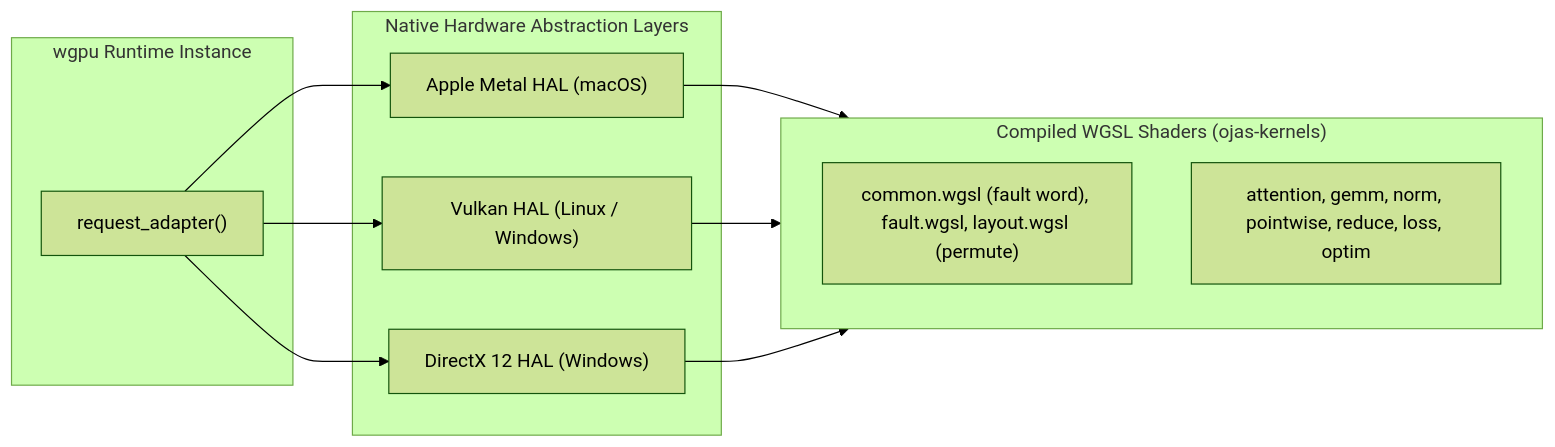
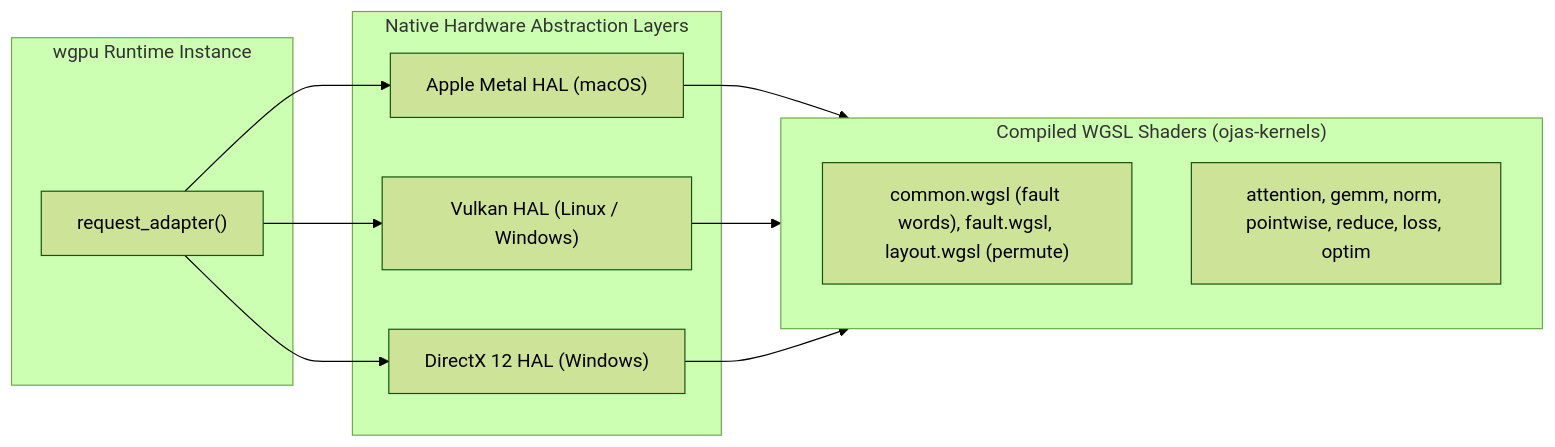
One commit to bharathvbcr/ojas changed the second of 2 diagrams in ojas-wgpu/README.md. Above: the diagram before and after it, drawn with Mermaid (forest theme). The commit also changed other lines of this file and 151 other files, not shown here.

````diff
--- a/ojas-wgpu/README.md
+++ b/ojas-wgpu/README.md
@@ -42,24 +42,24 @@
 ```mermaid
 flowchart LR
     subgraph WgpuInstance["wgpu Runtime Instance"]
         Adapter["request_adapter()"]
     end
 
     subgraph HAL["Native Hardware Abstraction Layers"]
         MetalHAL["Apple Metal HAL (macOS)"]
         VulkanHAL["Vulkan HAL (Linux / Windows)"]
         DX12HAL["DirectX 12 HAL (Windows)"]
     end
 
     subgraph Shaders["Compiled WGSL Shaders (ojas-kernels)"]
-        Common["common.wgsl (fault word), fault.wgsl, layout.wgsl (permute)"]
+        Common["common.wgsl (fault words), fault.wgsl, layout.wgsl (permute)"]
         Ops["attention, gemm, norm, pointwise, reduce, loss, optim"]
     end
 
     Adapter --> MetalHAL
     Adapter --> VulkanHAL
     Adapter --> DX12HAL
     MetalHAL --> Shaders
     VulkanHAL --> Shaders
     DX12HAL --> Shaders
 ```
````
